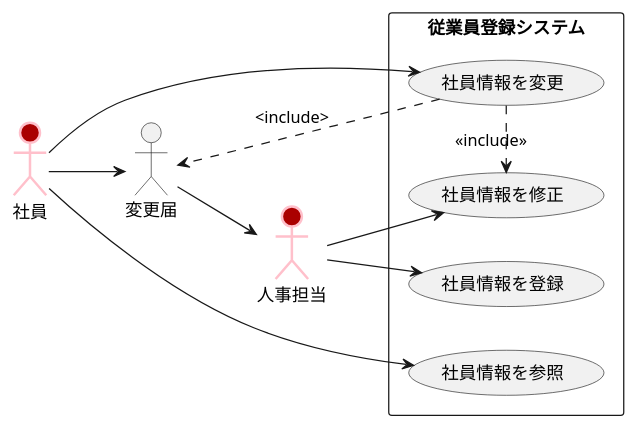
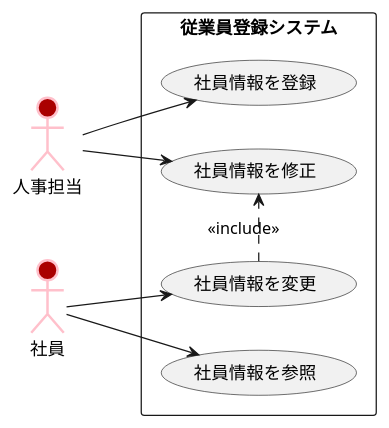
Before and after one commit to isio2/uml-introduction: the diagram in 演習2-6_盛岡システム_従業員登録システム.pu, drawn with PlantUML.

Commit message:
変更

```diff
--- a/演習2-6_盛岡システム_従業員登録システム.pu
+++ b/演習2-6_盛岡システム_従業員登録システム.pu
@@ -1,19 +1,16 @@
 @startuml ユースケース図
 left to right direction
 actor 社員 #AA0000;line:Pink;line.bold;
 actor 人事担当 #AA0000;line:Pink;line.bold;
 rectangle 従業員登録システム{
 usecase 社員情報を登録
 usecase 社員情報を参照
 usecase 社員情報を変更
 usecase 社員情報を修正
 }
 人事担当->社員情報を登録
 人事担当-->社員情報を修正
-社員---->社員情報を参照
-社員-->変更届
+社員-->社員情報を参照
 社員-->社員情報を変更
-社員情報を変更.>変更届:<include>
 社員情報を変更.>社員情報を修正:<<include>>
-変更届-->人事担当
 @enduml
```
